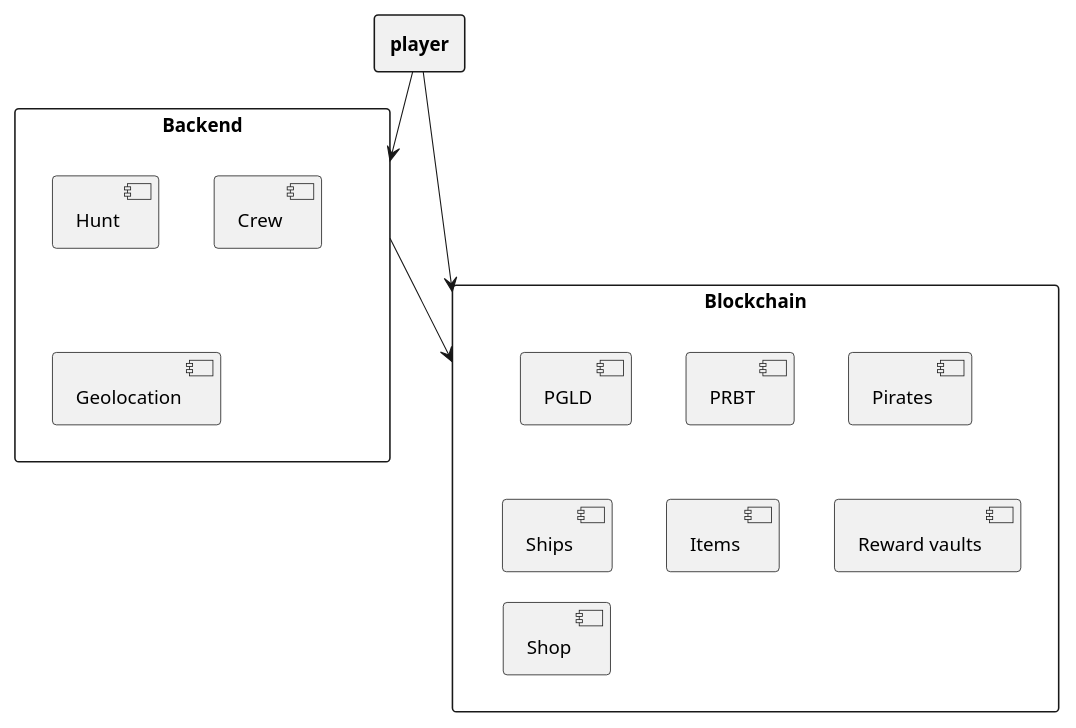
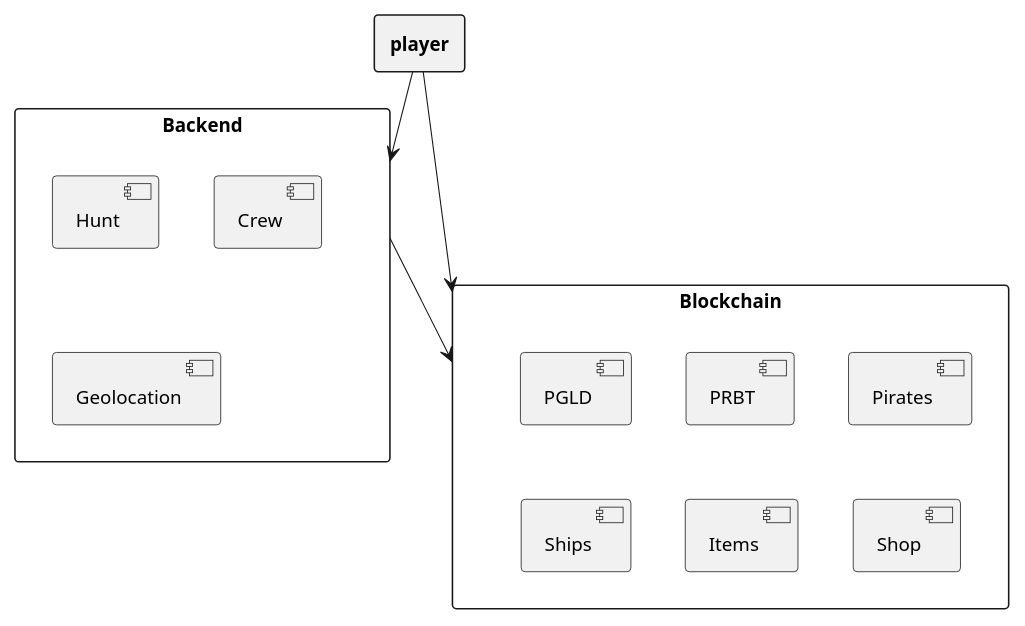
Before and after one commit to TrailsofGold/whitepaper: the diagram in docs/tech_architecture/overview.md, drawn with PlantUML. The commit also changed 2 other files, not shown here.

Commit message:
removed reward vault / key unlock mechanism

````diff
--- a/docs/tech_architecture/overview.md
+++ b/docs/tech_architecture/overview.md
@@ -7,31 +7,30 @@
 ```plantuml
 skinparam monochrome true
 skinparam ranksep 20
 skinparam dpi 100
 skinparam arrowThickness 0.7
 skinparam packageTitleAlignment center
 skinparam usecaseBorderThickness 0.4
 skinparam defaultFontSize 12
 skinparam rectangleBorderThickness 1
 
 rectangle "Backend" {
   [Hunt]
   [Crew]
   [Geolocation]
 }
 rectangle "Blockchain" {
   [PGLD]
   [PRBT]
   [Pirates]
   [Ships]
   [Items]
-  [Reward vaults]
   [Shop]
 }
 rectangle "<b>player</b>" as Player
 
 Player --> Blockchain
 Player --> Backend
 Backend --> Blockchain
 
 ```
````
